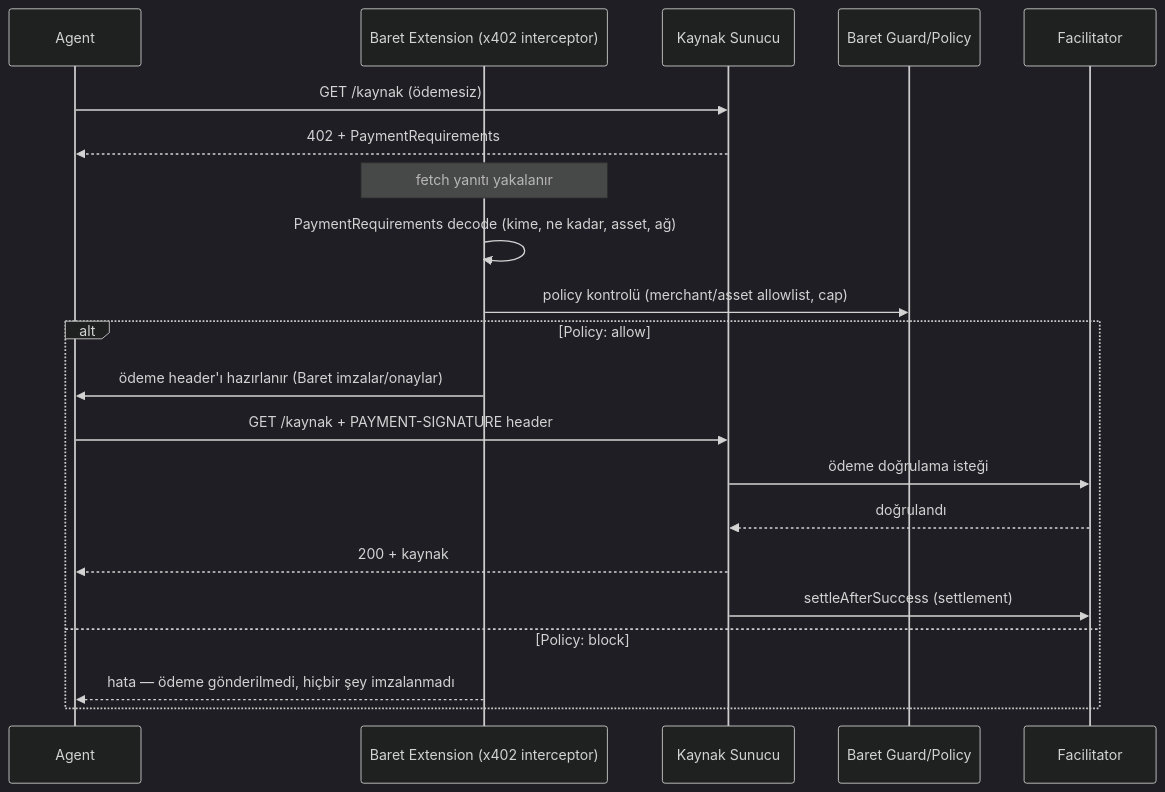
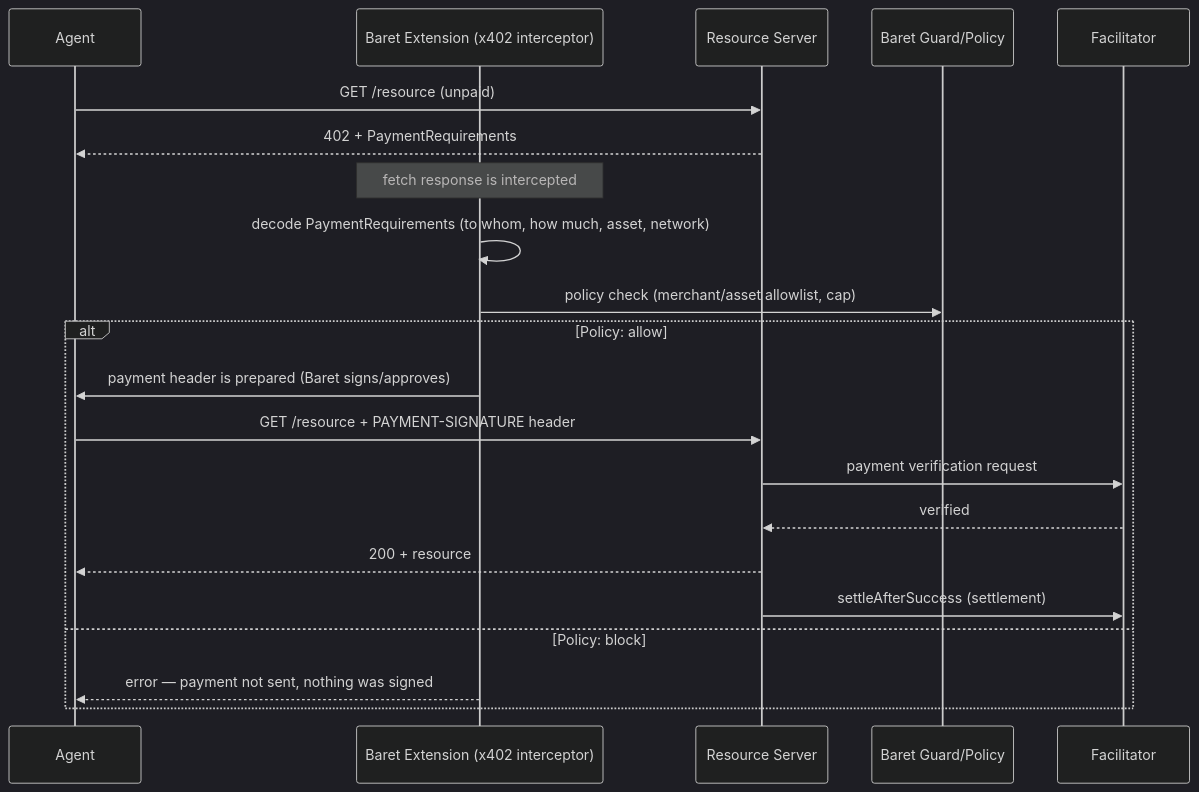
Before and after one commit to HackerFetch/Baret-Metropolis: the diagram in docs/X402_FACILITATOR.md, drawn with Mermaid (dark theme). The commit also changed other lines of this file and 14 other files, not shown here.

````diff
--- a/docs/X402_FACILITATOR.md
+++ b/docs/X402_FACILITATOR.md
@@ -25,24 +25,24 @@
 ```mermaid
 sequenceDiagram
     participant Agent
     participant Ext as Baret Extension (x402 interceptor)
-    participant Server as Kaynak Sunucu
+    participant Server as Resource Server
     participant Guard as Baret Guard/Policy
     participant Facilitator
 
-    Agent->>Server: GET /kaynak (ödemesiz)
+    Agent->>Server: GET /resource (unpaid)
     Server-->>Agent: 402 + PaymentRequirements
-    Note over Ext: fetch yanıtı yakalanır
-    Ext->>Ext: PaymentRequirements decode (kime, ne kadar, asset, ağ)
-    Ext->>Guard: policy kontrolü (merchant/asset allowlist, cap)
+    Note over Ext: fetch response is intercepted
+    Ext->>Ext: decode PaymentRequirements (to whom, how much, asset, network)
+    Ext->>Guard: policy check (merchant/asset allowlist, cap)
     alt Policy: allow
-        Ext->>Agent: ödeme header'ı hazırlanır (Baret imzalar/onaylar)
-        Agent->>Server: GET /kaynak + PAYMENT-SIGNATURE header
-        Server->>Facilitator: ödeme doğrulama isteği
-        Facilitator-->>Server: doğrulandı
-        Server-->>Agent: 200 + kaynak
+        Ext->>Agent: payment header is prepared (Baret signs/approves)
+        Agent->>Server: GET /resource + PAYMENT-SIGNATURE header
+        Server->>Facilitator: payment verification request
+        Facilitator-->>Server: verified
+        Server-->>Agent: 200 + resource
         Server->>Facilitator: settleAfterSuccess (settlement)
     else Policy: block
-        Ext-->>Agent: hata — ödeme gönderilmedi, hiçbir şey imzalanmadı
+        Ext-->>Agent: error — payment not sent, nothing was signed
     end
 ```
````
